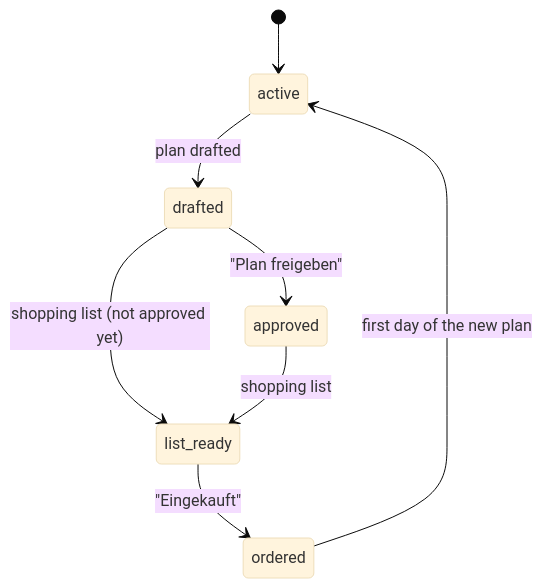
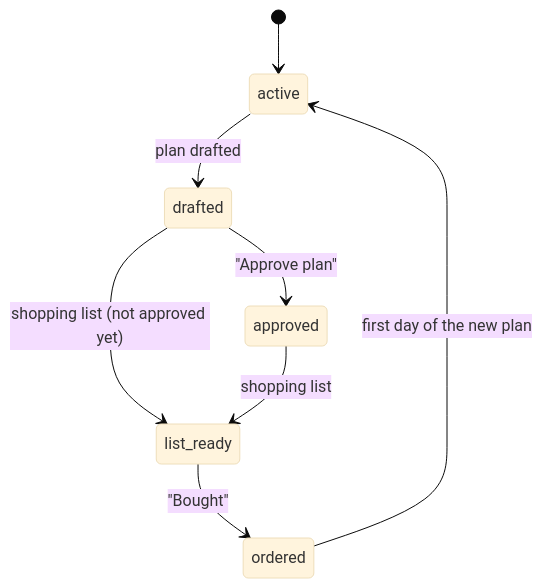
Before and after one commit to pinkie87/Supper-Board: the diagram in docs/en/data-model.md, drawn with Mermaid (base theme). The commit also changed other lines of this file and 23 other files, not shown here.

````diff
--- a/docs/en/data-model.md
+++ b/docs/en/data-model.md
@@ -95,10 +97,10 @@
 ```mermaid
 stateDiagram-v2
   [*] --> active
   active --> drafted: plan drafted
-  drafted --> approved: "Plan freigeben"
+  drafted --> approved: "Approve plan"
   drafted --> list_ready: shopping list (not approved yet)
   approved --> list_ready: shopping list
-  list_ready --> ordered: "Eingekauft"
+  list_ready --> ordered: "Bought"
   ordered --> active: first day of the new plan
 ```
````
